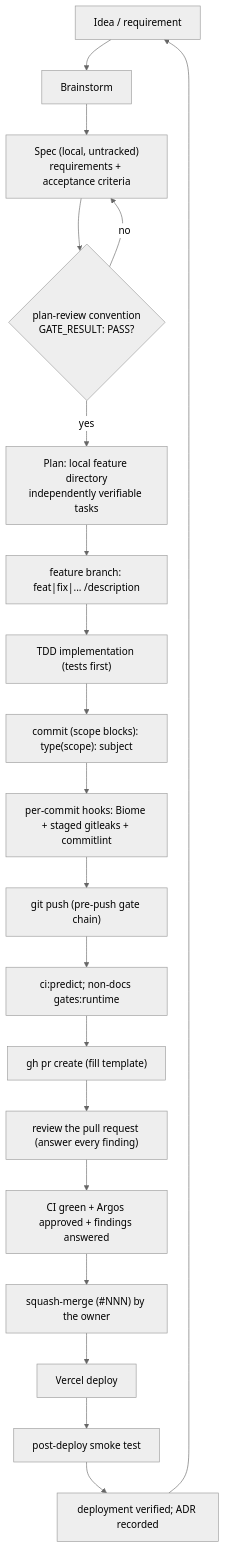
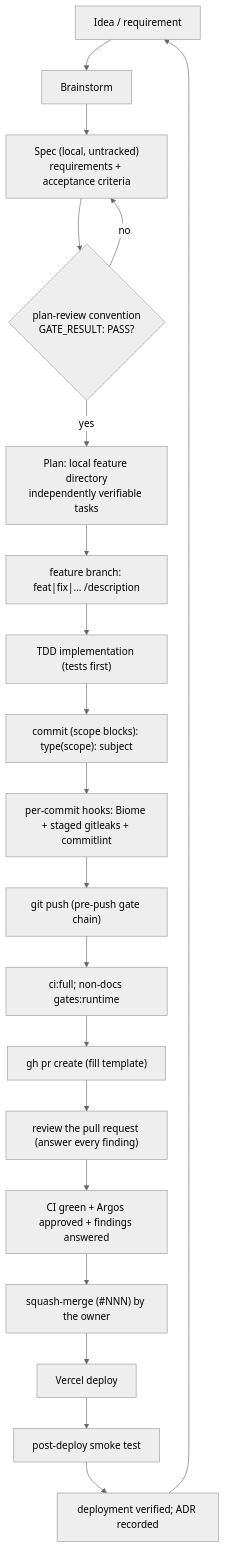
Before and after one commit to erikunha/portfolio: the first of 2 diagrams in docs/handbook/development-lifecycle.md, drawn with Mermaid (neutral theme). The commit also changed other lines of this file and 34 other files, not shown here.

First line of the commit message:
feat(ci): replace the Docker ci:predict with a native sequential ci:full

````diff
--- a/docs/handbook/development-lifecycle.md
+++ b/docs/handbook/development-lifecycle.md
@@ -7,22 +7,22 @@
 ```mermaid
 flowchart TD
     idea["Idea / requirement"] --> brainstorm["Brainstorm"]
     brainstorm --> spec["Spec (local, untracked)<br/>requirements + acceptance criteria"]
     spec --> agate{"plan-review convention<br/>GATE_RESULT: PASS?"}
     agate -->|no| spec
     agate -->|yes| plan["Plan: local feature directory<br/>independently verifiable tasks"]
     plan --> branch["feature branch: feat|fix|... /description"]
     branch --> tdd["TDD implementation (tests first)"]
     tdd --> commit["commit (scope blocks): type(scope): subject"]
     commit --> hooks["per-commit hooks: Biome + staged gitleaks + commitlint"]
     hooks --> push["git push (pre-push gate chain)"]
-    push --> readypr["ci:predict; non-docs gates:runtime"]
+    push --> readypr["ci:full; non-docs gates:runtime"]
     readypr --> pr["gh pr create (fill template)"]
     pr --> conv["review the pull request (answer every finding)"]
     conv --> readymerge["CI green + Argos approved + findings answered"]
     readymerge --> merge["squash-merge (#NNN) by the owner"]
     merge --> deploy["Vercel deploy"]
     deploy --> smoke["post-deploy smoke test"]
     smoke --> adr["deployment verified; ADR recorded"]
     adr --> idea
 ```
````
